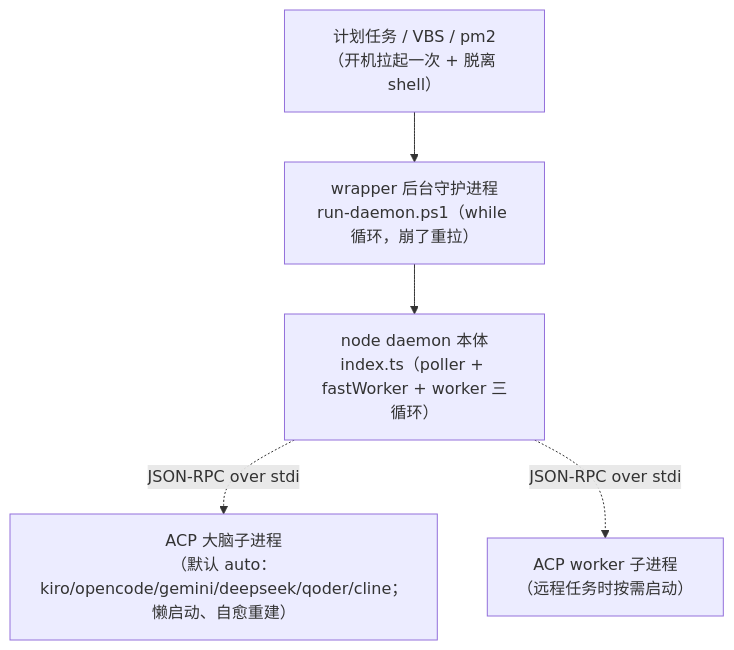
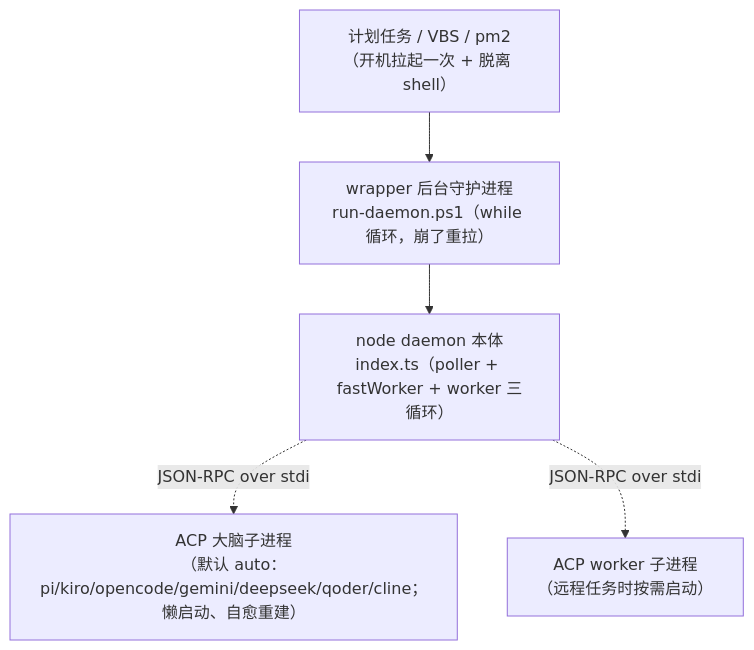
The third of 6 diagrams in docs/repowiki/02-系统架构.md (imwangpan/WeMind), drawn with Mermaid before and after one commit. The commit also changed other lines of this file and 21 other files, not shown here.

````diff
--- a/docs/repowiki/02-系统架构.md
+++ b/docs/repowiki/02-系统架构.md
@@ -88,13 +88,13 @@
 ```mermaid
 graph TD
     TRIGGER["计划任务 / VBS / pm2<br/>（开机拉起一次 + 脱离 shell）"]
     WRAPPER["wrapper 后台守护进程<br/>run-daemon.ps1（while 循环，崩了重拉）"]
     NODE["node daemon 本体<br/>index.ts（poller + fastWorker + worker 三循环）"]
-    BRAINP["ACP 大脑子进程<br/>（默认 auto：kiro/opencode/gemini/deepseek/qoder/cline；懒启动、自愈重建）"]
+    BRAINP["ACP 大脑子进程<br/>（默认 auto：pi/kiro/opencode/gemini/deepseek/qoder/cline；懒启动、自愈重建）"]
     WORKERP["ACP worker 子进程<br/>（远程任务时按需启动）"]
 
     TRIGGER --> WRAPPER
     WRAPPER --> NODE
     NODE -.JSON-RPC over stdio.-> BRAINP
     NODE -.JSON-RPC over stdio.-> WORKERP
 ```
````
